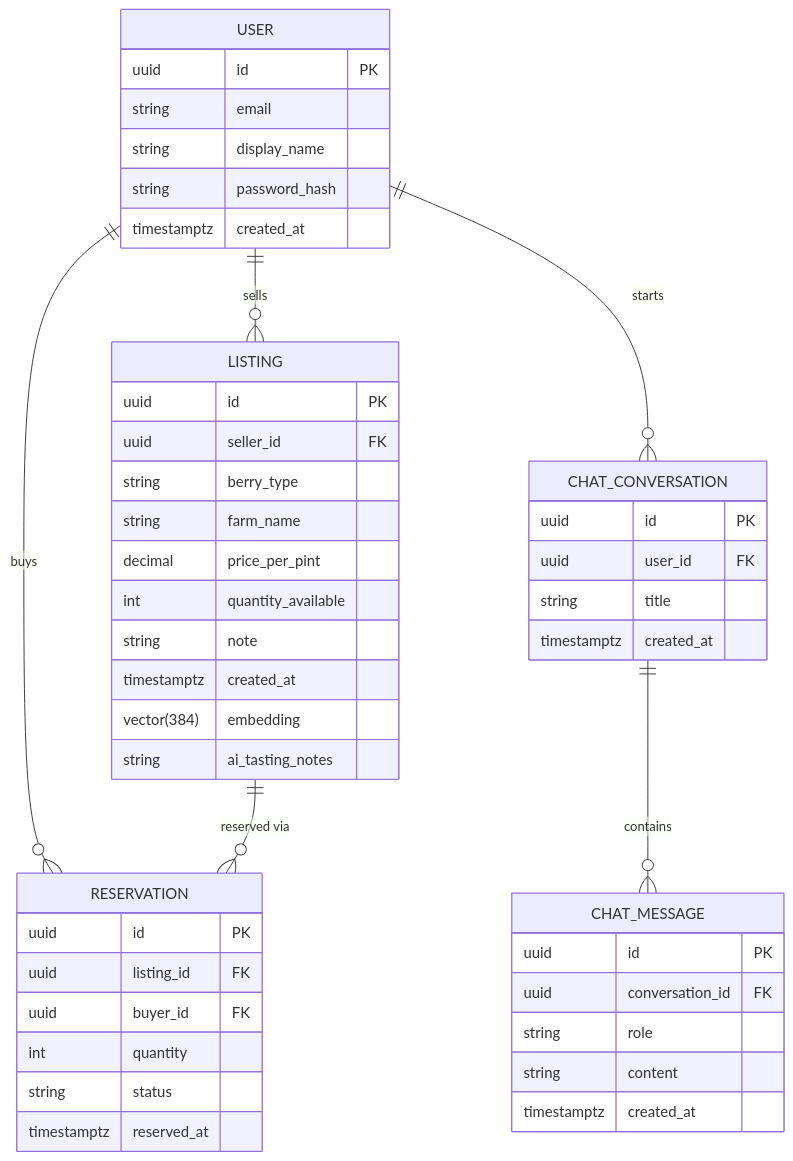
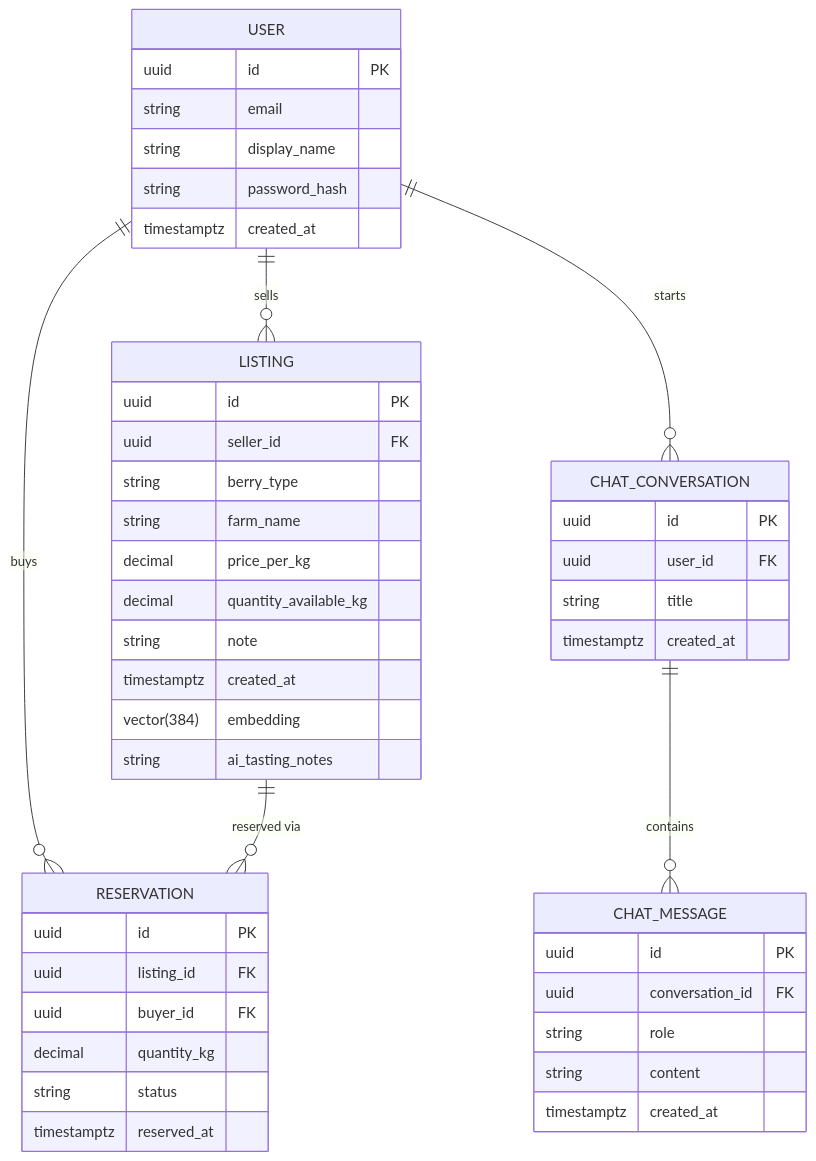
Before and after one commit to Nazarii-Mandiak/BerryMarketplace: the diagram in docs/architecture/data-model.mmd, drawn with Mermaid. The commit also changed 43 other files, not shown here.

```diff
--- a/docs/architecture/data-model.mmd
+++ b/docs/architecture/data-model.mmd
@@ -1,48 +1,48 @@
 %% Berry Exchange — supplementary: data model (ER diagram)
 erDiagram
     USER ||--o{ LISTING : sells
     USER ||--o{ RESERVATION : buys
     LISTING ||--o{ RESERVATION : "reserved via"
     USER ||--o{ CHAT_CONVERSATION : starts
     CHAT_CONVERSATION ||--o{ CHAT_MESSAGE : contains
 
     USER {
         uuid id PK
         string email
         string display_name
         string password_hash
         timestamptz created_at
     }
     LISTING {
         uuid id PK
         uuid seller_id FK
         string berry_type
         string farm_name
-        decimal price_per_pint
-        int quantity_available
+        decimal price_per_kg
+        decimal quantity_available_kg
         string note
         timestamptz created_at
         vector(384) embedding
         string ai_tasting_notes
     }
     RESERVATION {
         uuid id PK
         uuid listing_id FK
         uuid buyer_id FK
-        int quantity
+        decimal quantity_kg
         string status
         timestamptz reserved_at
     }
     CHAT_CONVERSATION {
         uuid id PK
         uuid user_id FK
         string title
         timestamptz created_at
     }
     CHAT_MESSAGE {
         uuid id PK
         uuid conversation_id FK
         string role
         string content
         timestamptz created_at
     }
```
